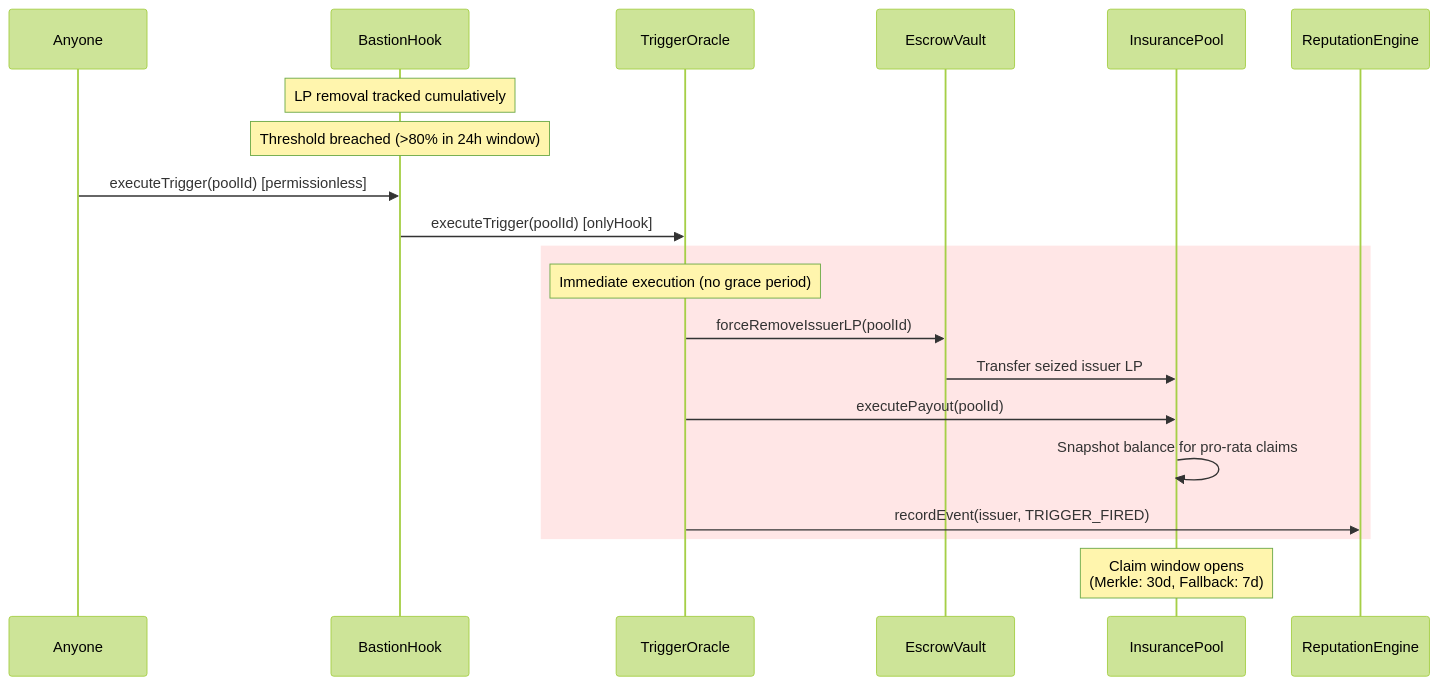
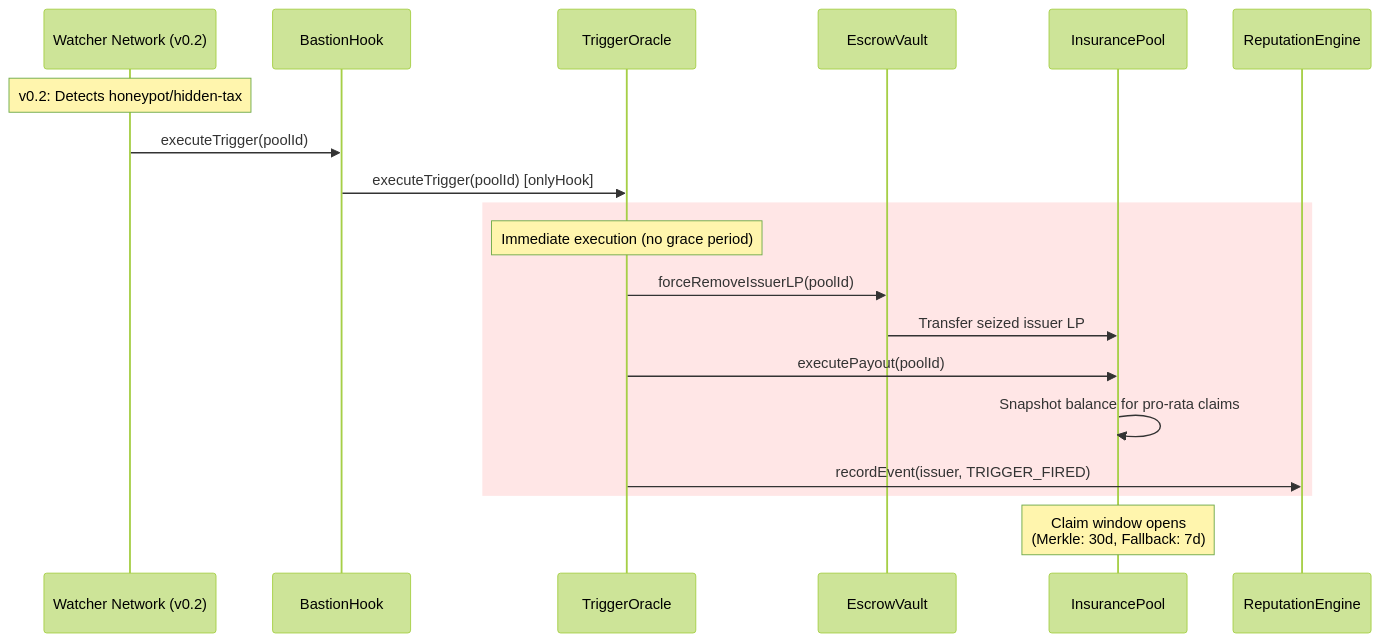
The fourth of 6 diagrams in docs/ARCHITECTURE.md (bastionswap/bastionswap), drawn with Mermaid (forest theme) before and after one commit. The commit also changed other lines of this file and 2 other files, not shown here.

````diff
--- a/docs/ARCHITECTURE.md
+++ b/docs/ARCHITECTURE.md
@@ -160,26 +167,25 @@
 ```mermaid
 sequenceDiagram
-    participant Anyone
+    participant Watcher as Watcher Network (v0.2)
     participant BastionHook
     participant TriggerOracle
     participant EscrowVault
     participant InsurancePool
     participant ReputationEngine
 
-    Note over BastionHook: LP removal tracked cumulatively
-    Note over BastionHook: Threshold breached (>80% in 24h window)
+    Note over Watcher: v0.2: Detects honeypot/hidden-tax
 
-    Anyone->>BastionHook: executeTrigger(poolId) [permissionless]
+    Watcher->>BastionHook: executeTrigger(poolId)
     BastionHook->>TriggerOracle: executeTrigger(poolId) [onlyHook]
 
     rect rgb(255, 230, 230)
         Note over TriggerOracle: Immediate execution (no grace period)
         TriggerOracle->>EscrowVault: forceRemoveIssuerLP(poolId)
         EscrowVault->>InsurancePool: Transfer seized issuer LP
         TriggerOracle->>InsurancePool: executePayout(poolId)
         InsurancePool->>InsurancePool: Snapshot balance for pro-rata claims
         TriggerOracle->>ReputationEngine: recordEvent(issuer, TRIGGER_FIRED)
     end
 
     Note over InsurancePool: Claim window opens<br/>(Merkle: 30d, Fallback: 7d)
 ```
````
